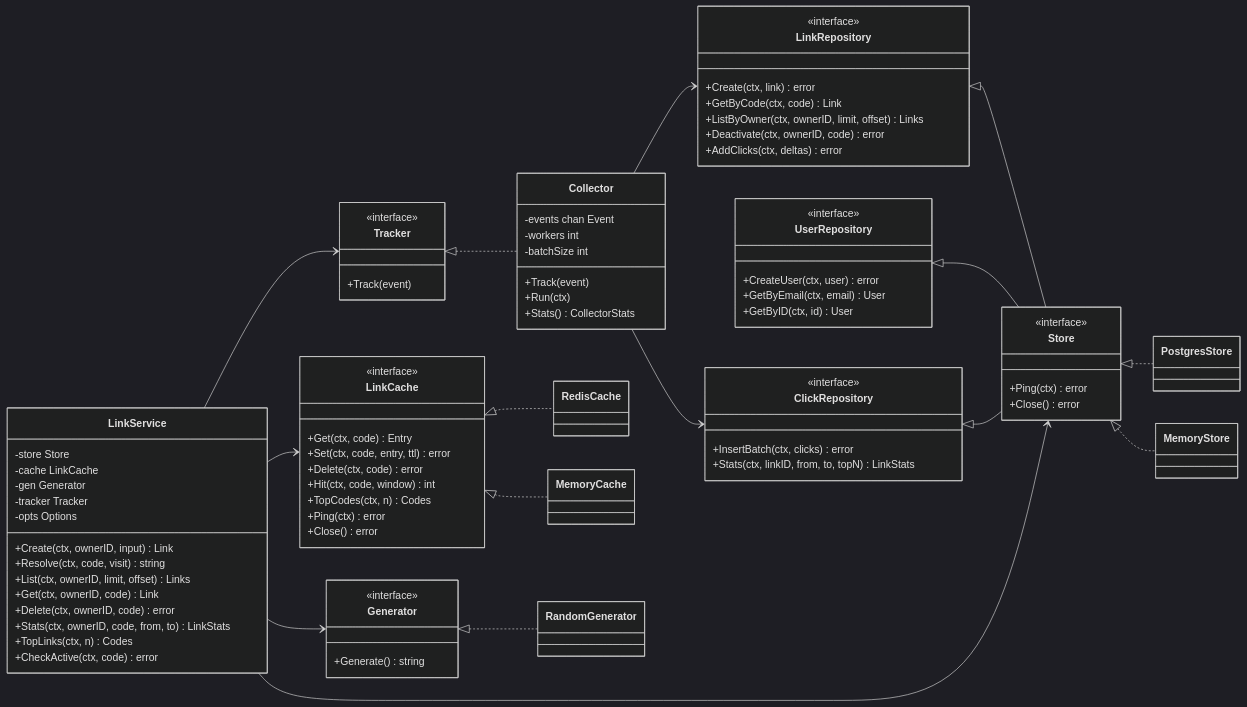
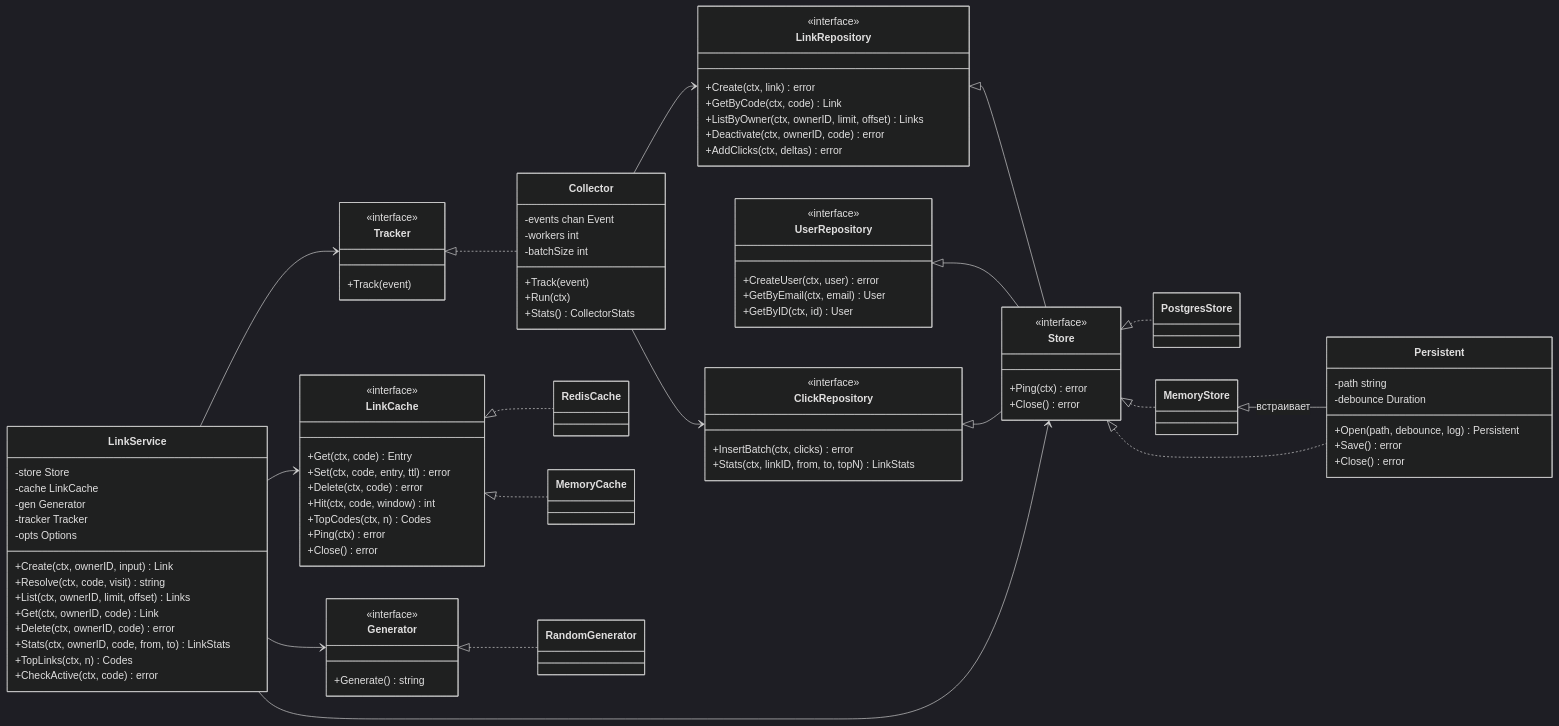
Before and after one commit to Skufik2007/url-shortener: the seventh of 9 diagrams in docs/report/02-design.md, drawn with Mermaid (dark theme). The commit also changed other lines of this file and 14 other files, not shown here.

```diff
--- a/docs/report/02-design.md
+++ b/docs/report/02-design.md
@@ -446,6 +446,13 @@
     }
     class PostgresStore
     class MemoryStore
+    class Persistent {
+        -path string
+        -debounce Duration
+        +Open(path, debounce, log) Persistent
+        +Save() error
+        +Close() error
+    }
     class RedisCache
     class MemoryCache
     class RandomGenerator
@@ -455,6 +462,8 @@
     ClickRepository <|-- Store
     Store <|.. PostgresStore
     Store <|.. MemoryStore
+    MemoryStore <|-- Persistent : встраивает
+    Store <|.. Persistent
     LinkCache <|.. RedisCache
     LinkCache <|.. MemoryCache
     Generator <|.. RandomGenerator
```
